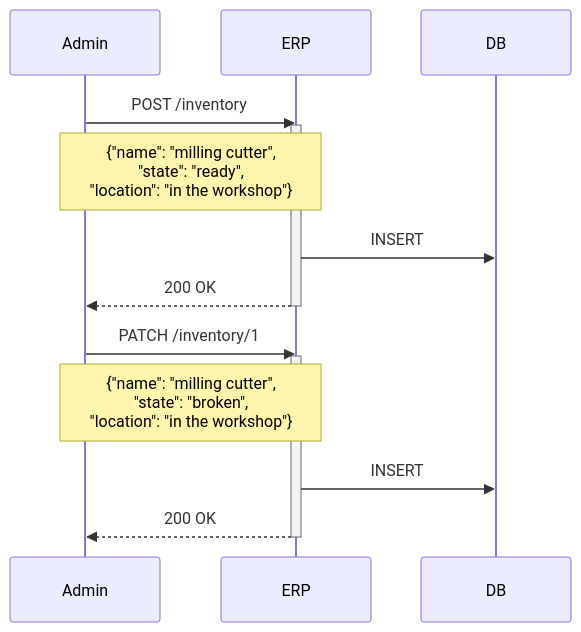
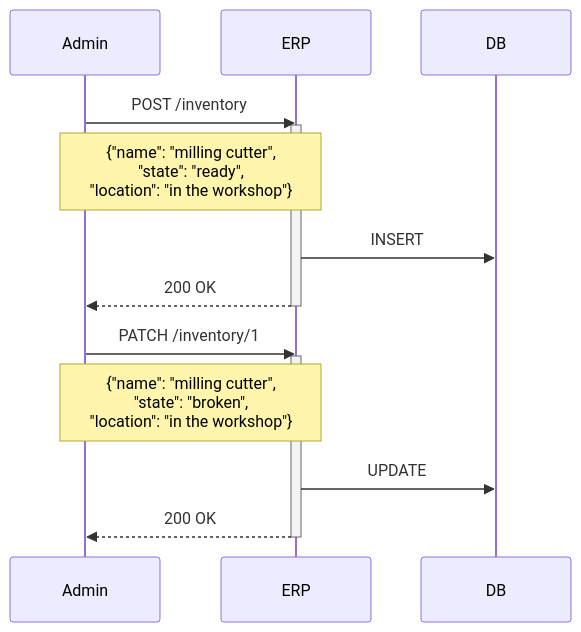
The sixth of 6 diagrams in project/adr_1.md (ContinentalGuy/otus-arch), drawn with Mermaid before and after one commit.

Commit message:
[project]: upd adr_1

````diff
--- a/project/adr_1.md
+++ b/project/adr_1.md
@@ -108,16 +108,16 @@
 ```mermaid
 sequenceDiagram
     Admin ->> ERP: POST /inventory
     activate ERP
     Note over Admin,ERP: {"name": "milling cutter", <br>"state": "ready", <br>"location": "in the workshop"}
     ERP ->> DB: INSERT
     ERP -->> Admin: 200 OK
     deactivate ERP
 
     Admin ->> ERP: PATCH /inventory/1
     activate ERP
     Note over Admin,ERP: {"name": "milling cutter", <br>"state": "broken", <br>"location": "in the workshop"}
-    ERP ->> DB: INSERT
+    ERP ->> DB: UPDATE
     ERP -->> Admin: 200 OK
     deactivate ERP
 ```
````
